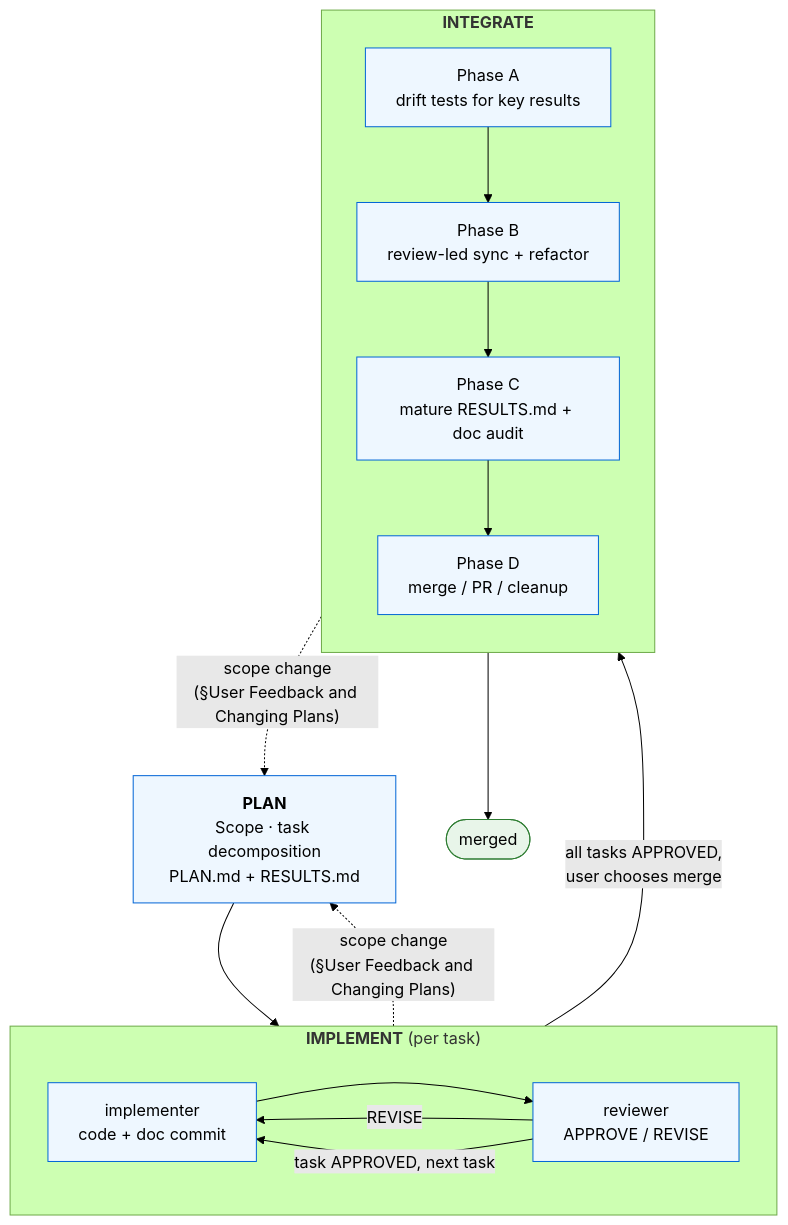
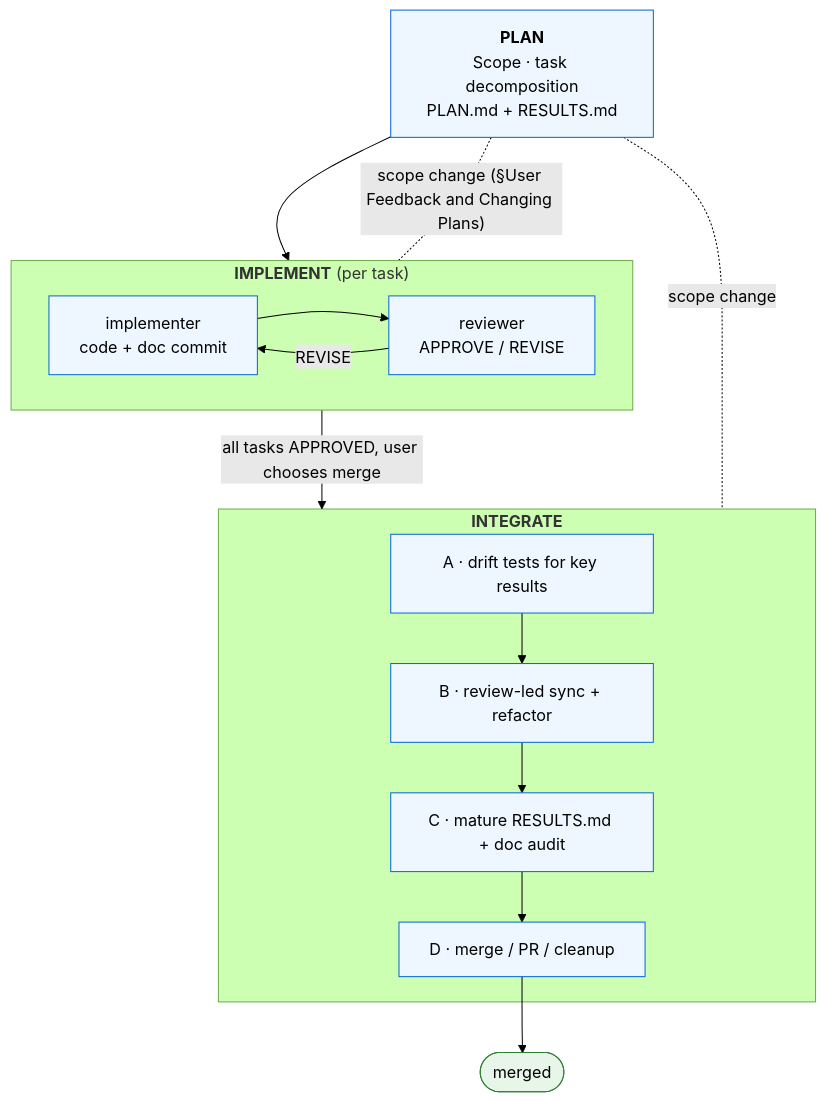
One commit to FuZhiyu/superRA changed the diagram in README.md. Above: the diagram before and after it, drawn with Mermaid (forest theme).

Commit message:
docs(readme): rework workflow diagram to strict vertical layout
The prior draft's `direction LR` override on IMPLEMENT and directed
`IMPLEMENT/INTEGRATE -.-> PLAN` back-arrows forced dagre to place PLAN
off-column and broke the linear PLAN → IMPLEMENT → INTEGRATE reading
order. Revised diagram keeps both subgraphs in default TB direction and
replaces the directed back-arrows with undirected dotted edges
(`PLAN -. scope change .- IMPLEMENT`). Undirected edges don't participate
in rank solving, so PLAN anchors the top of a single vertical column and
the scope-change edges render as dotted curves along the left and right
sides without disrupting the column.

Rendered and visually inspected before handoff. Task 1a and Task 1b
flipped REVISE → IMPLEMENTED pending re-review.

````diff
--- a/README.md
+++ b/README.md
@@ -28,34 +28,33 @@
 ```mermaid
 flowchart TB
     PLAN["<b>PLAN</b><br/>Scope · task decomposition<br/>PLAN.md + RESULTS.md"]
 
     subgraph IMPLEMENT["<b>IMPLEMENT</b> (per task)"]
-        direction LR
         IMPL["implementer<br/>code + doc commit"]
         REV["reviewer<br/>APPROVE / REVISE"]
         IMPL --> REV
         REV -->|REVISE| IMPL
     end
 
     subgraph INTEGRATE["<b>INTEGRATE</b>"]
-        direction TB
-        A["Phase A<br/>drift tests for key results"]
-        B["Phase B<br/>review-led sync + refactor"]
-        C["Phase C<br/>mature RESULTS.md + doc audit"]
-        D["Phase D<br/>merge / PR / cleanup"]
+        A["A · drift tests for key results"]
+        B["B · review-led sync + refactor"]
+        C["C · mature RESULTS.md + doc audit"]
+        D["D · merge / PR / cleanup"]
         A --> B --> C --> D
     end
 
+    MERGED(["merged"])
+
     PLAN --> IMPLEMENT
-    REV -->|task APPROVED, next task| IMPL
-    IMPLEMENT -->|all tasks APPROVED,<br/>user chooses merge| INTEGRATE
-    D --> MERGED(["merged"])
+    IMPLEMENT -->|all tasks APPROVED, user chooses merge| INTEGRATE
+    D --> MERGED
 
-    IMPLEMENT -. "scope change<br/>(§User Feedback and Changing Plans)" .-> PLAN
-    INTEGRATE -. "scope change<br/>(§User Feedback and Changing Plans)" .-> PLAN
+    PLAN -. "scope change (§User Feedback and Changing Plans)" .- IMPLEMENT
+    PLAN -. "scope change" .- INTEGRATE
 
     classDef phase fill:#eef7ff,stroke:#0366d6,color:#000
     classDef terminal fill:#e8f5e9,stroke:#2e7d32,color:#000
     class PLAN,IMPL,REV,A,B,C,D phase
     class MERGED terminal
 ```
````
